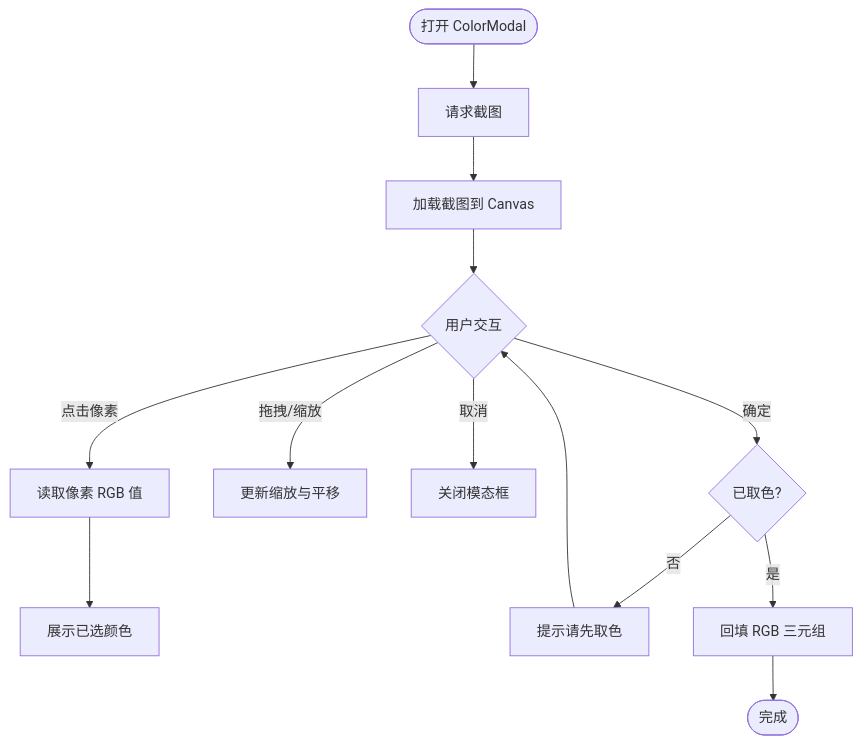
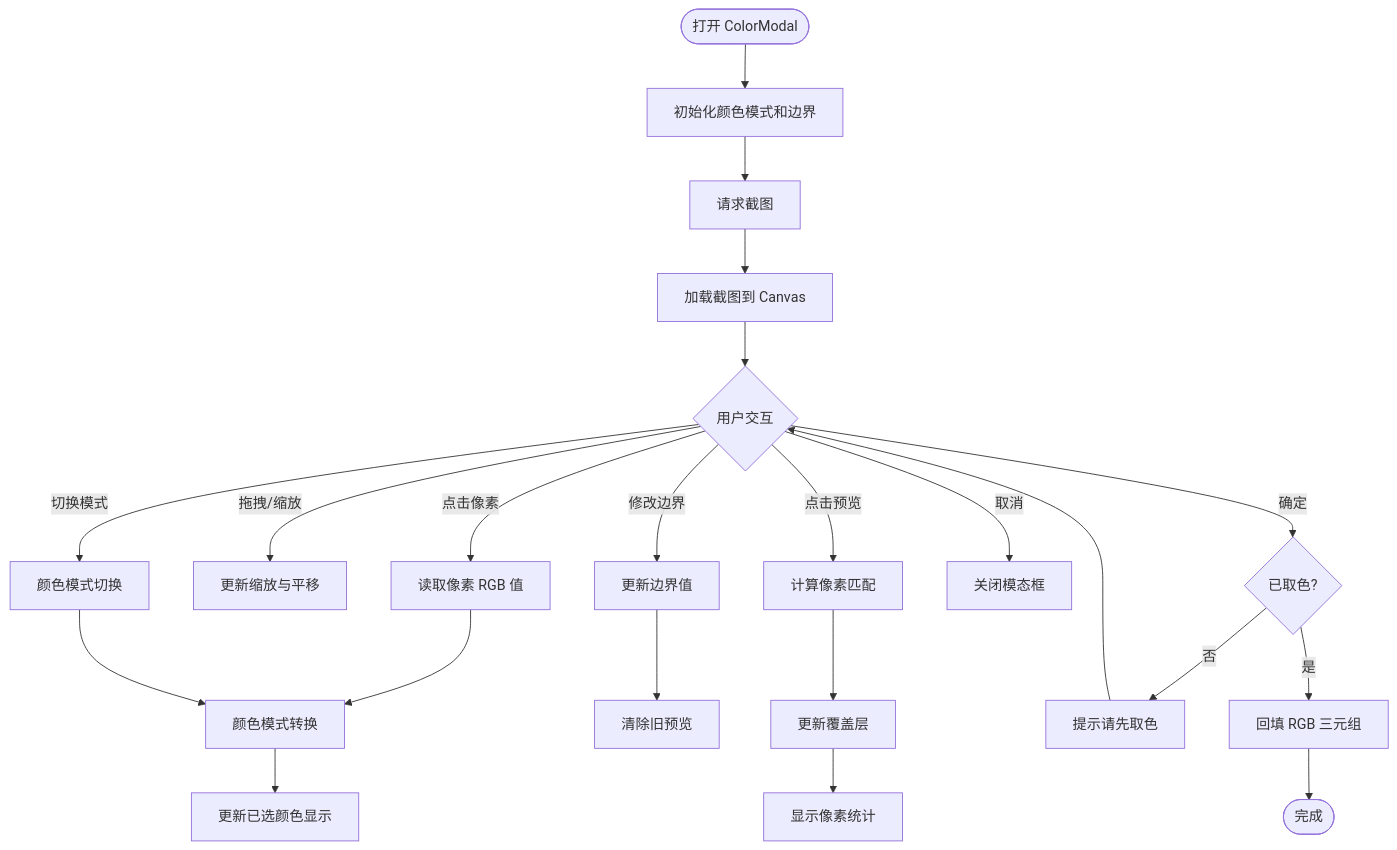
The third of 4 diagrams in .qoder/repowiki/zh/content/核心概念/颜色识别模态框.md (kqcoxn/MaaPipelineEditor), drawn with Mermaid before and after one commit. The commit also changed other lines of this file and 6 other files, not shown here.

````diff
--- a/.qoder/repowiki/zh/content/核心概念/颜色识别模态框.md
+++ b/.qoder/repowiki/zh/content/核心概念/颜色识别模态框.md
@@ -130,15 +151,24 @@
 ```mermaid
 flowchart TD
-Start(["打开 ColorModal"]) --> Request["请求截图"]
+Start(["打开 ColorModal"]) --> Init["初始化颜色模式和边界"]
+Init --> Request["请求截图"]
 Request --> Render["加载截图到 Canvas"]
 Render --> Interact{"用户交互"}
 Interact --> |点击像素| Pick["读取像素 RGB 值"]
-Pick --> Preview["展示已选颜色"]
+Pick --> Convert["颜色模式转换"]
+Convert --> Preview["更新已选颜色显示"]
 Interact --> |拖拽/缩放| Viewport["更新缩放与平移"]
+Interact --> |切换模式| ModeChange["颜色模式切换"]
+ModeChange --> Convert
+Interact --> |修改边界| BoundChange["更新边界值"]
+BoundChange --> ClearPreview["清除旧预览"]
+Interact --> |点击预览| ComputePreview["计算像素匹配"]
+ComputePreview --> Overlay["更新覆盖层"]
+Overlay --> Stats["显示像素统计"]
 Interact --> |取消| Close["关闭模态框"]
 Interact --> |确定| Confirm{"已取色?"}
 Confirm --> |否| Warn["提示请先取色"]
 Confirm --> |是| Backfill["回填 RGB 三元组"]
 Backfill --> Done(["完成"])
 Warn --> Interact
 ```
````
